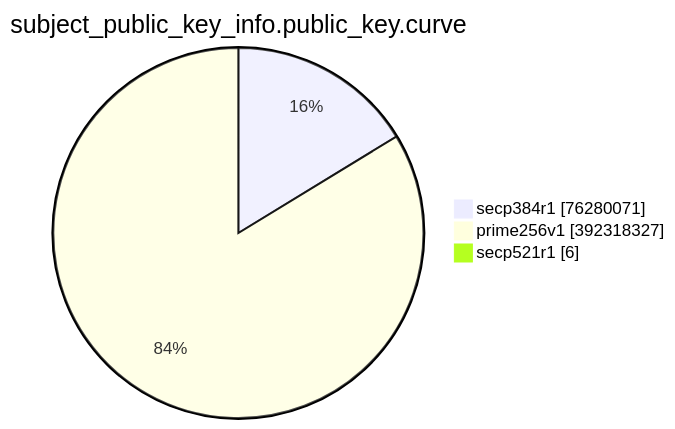
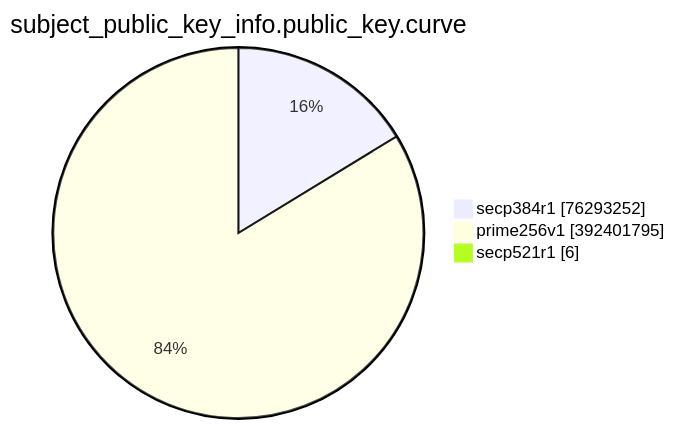
Before and after one commit to christiankrug/ctmonitor_visualization: the eighth of 15 diagrams in TOTAL/README.md, drawn with Mermaid. The commit also changed other lines of this file, not shown here.

````diff
--- a/TOTAL/README.md
+++ b/TOTAL/README.md
@@ -3094,7 +3094,7 @@
 ```mermaid
 pie showData
 title subject_public_key_info.public_key.curve
-"secp384r1" :76280071
-"prime256v1" :392318327
+"secp384r1" :76293252
+"prime256v1" :392401795
 "secp521r1" :6
 ```
````
